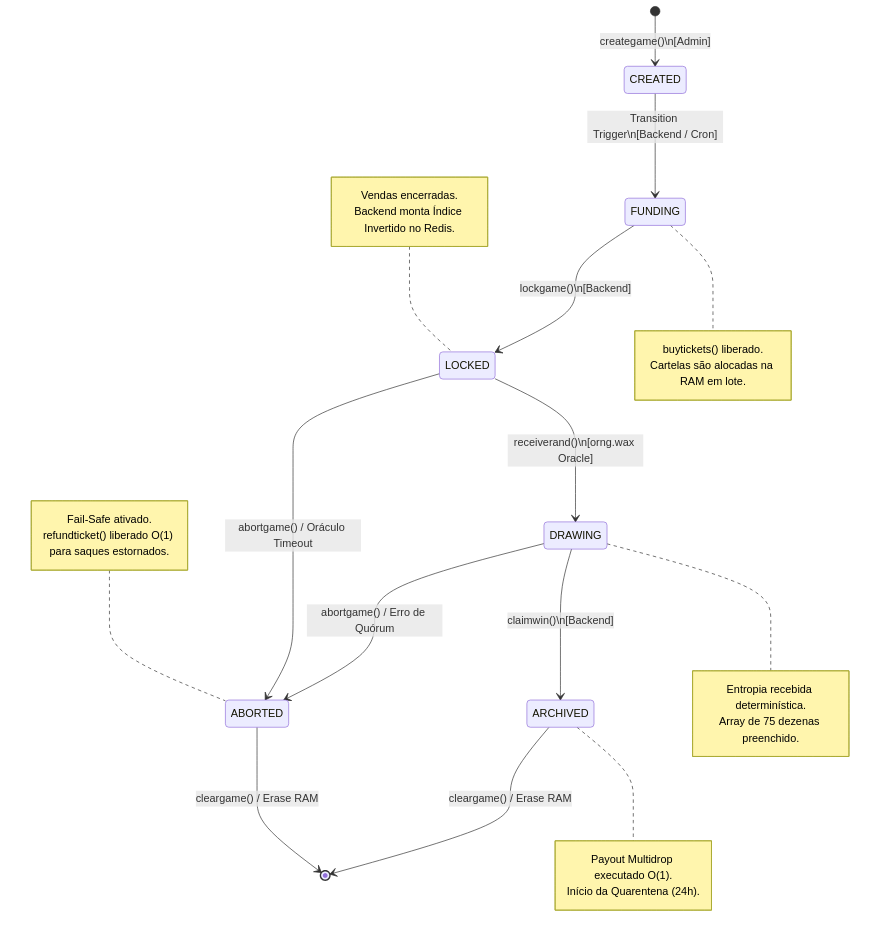
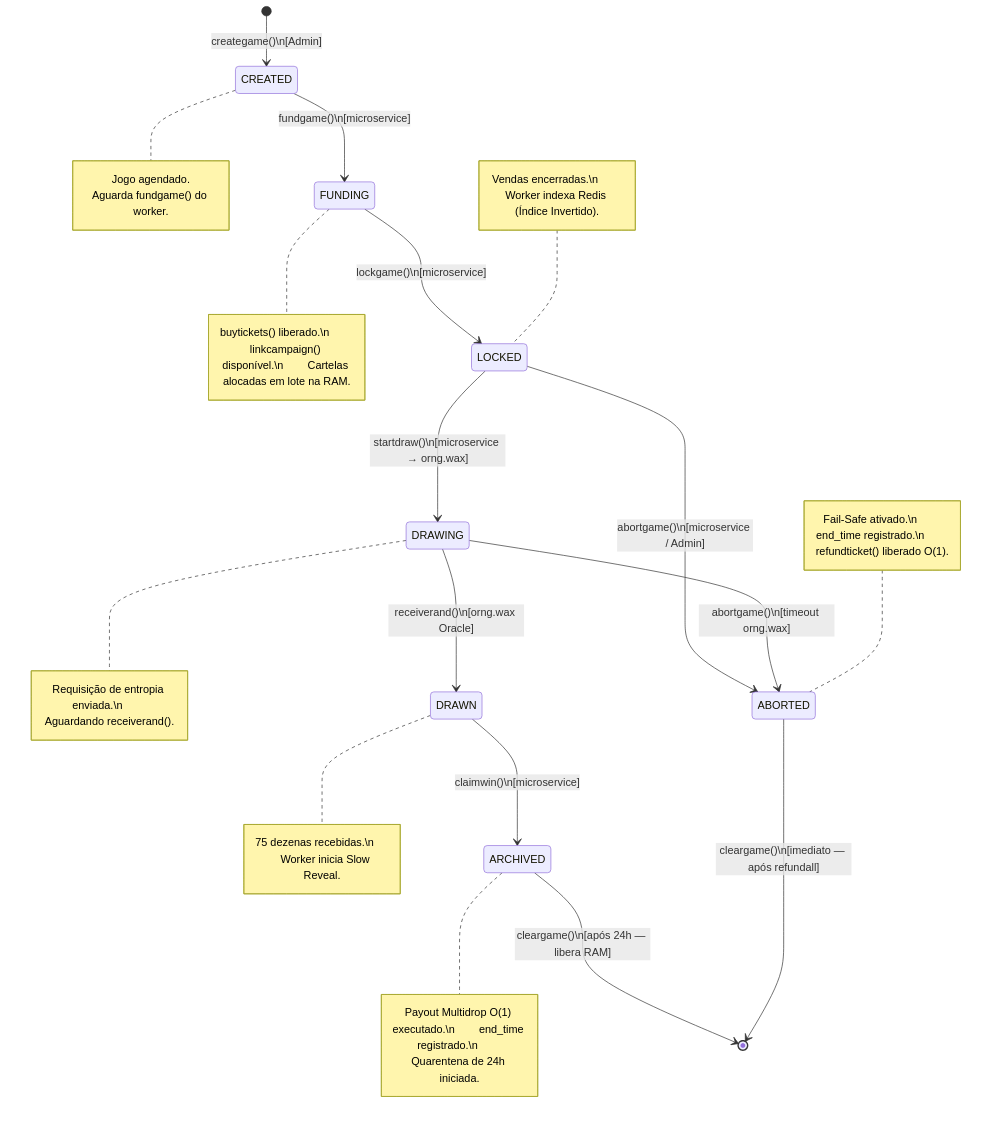
One commit to iurineumann/cryptobingo changed the second of 3 diagrams in docs/architecture.md. Above: the diagram before and after it, drawn with Mermaid. The commit also changed other lines of this file and 115 other files, not shown here.

````diff
--- a/docs/architecture.md
+++ b/docs/architecture.md
@@ -59,39 +59,42 @@
 ```mermaid
 stateDiagram-v2
     [*] --> CREATED: creategame()\n[Admin]
-    
-    CREATED --> FUNDING: Transition Trigger\n[Backend / Cron]
-    note right of FUNDING
-        buytickets() liberado.
-        Cartelas são alocadas na RAM em lote.
+    note right of CREATED
+        Jogo agendado.
+        Aguarda fundgame() do worker.
     end note
 
-    FUNDING --> LOCKED: lockgame()\n[Backend]
-    note left of LOCKED
-        Vendas encerradas.
-        Backend monta Índice Invertido no Redis.
+    CREATED --> FUNDING: fundgame()\n[microservice]
+    note right of FUNDING
+        buytickets() liberado.\n        linkcampaign() disponível.\n        Cartelas alocadas em lote na RAM.
     end note
 
-    LOCKED --> DRAWING: receiverand()\n[orng.wax Oracle]
-    note right of DRAWING
-        Entropia recebida determinística.
-        Array de 75 dezenas preenchido.
+    FUNDING --> LOCKED: lockgame()\n[microservice]
+    note left of LOCKED
+        Vendas encerradas.\n        Worker indexa Redis (Índice Invertido).
     end note
 
-    DRAWING --> ARCHIVED: claimwin()\n[Backend]
-    note right of ARCHIVED
-        Payout Multidrop executado O(1).
-        Início da Quarentena (24h).
+    LOCKED --> DRAWING: startdraw()\n[microservice → orng.wax]
+    note right of DRAWING
+        Requisição de entropia enviada.\n        Aguardando receiverand().
     end note
 
-    LOCKED --> ABORTED: abortgame() / Oráculo Timeout
-    DRAWING --> ABORTED: abortgame() / Erro de Quórum
-    note left of ABORTED
-        Fail-Safe ativado.
-        refundticket() liberado O(1) para saques estornados.
+    DRAWING --> DRAWN: receiverand()\n[orng.wax Oracle]
+    note right of DRAWN
+        75 dezenas recebidas.\n        Worker inicia Slow Reveal.
     end note
 
-    ARCHIVED --> [*]: cleargame() / Erase RAM
-    ABORTED --> [*]: cleargame() / Erase RAM
+    DRAWN --> ARCHIVED: claimwin()\n[microservice]
+    note right of ARCHIVED
+        Payout Multidrop O(1) executado.\n        end_time registrado.\n        Quarentena de 24h iniciada.
+    end note
 
+    LOCKED --> ABORTED: abortgame()\n[microservice / Admin]
+    DRAWING --> ABORTED: abortgame()\n[timeout orng.wax]
+    note left of ABORTED
+        Fail-Safe ativado.\n        end_time registrado.\n        refundticket() liberado O(1).
+    end note
+
+    ARCHIVED --> [*]: cleargame()\n[após 24h — libera RAM]
+    ABORTED --> [*]: cleargame()\n[imediato — após refundall]
 ```
````
